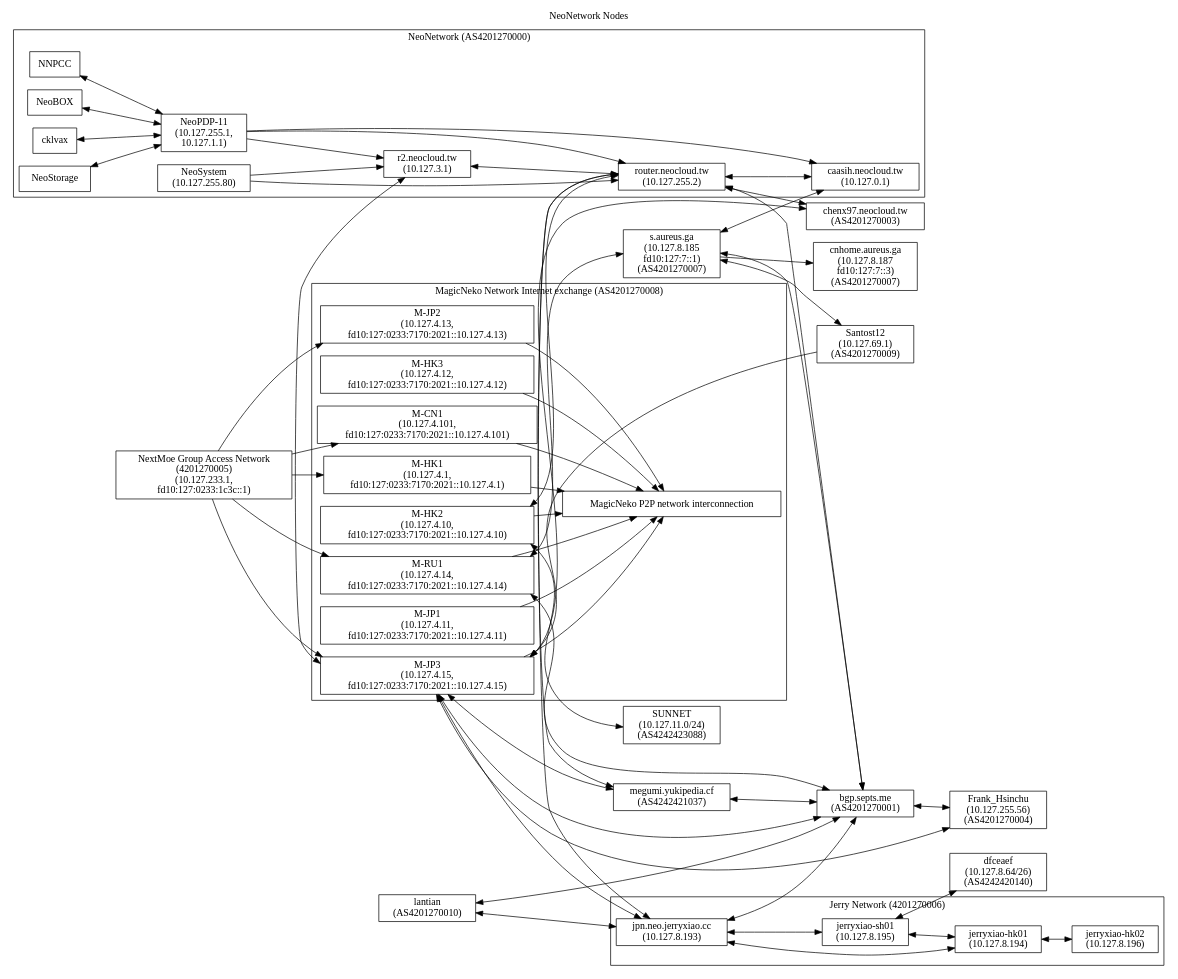
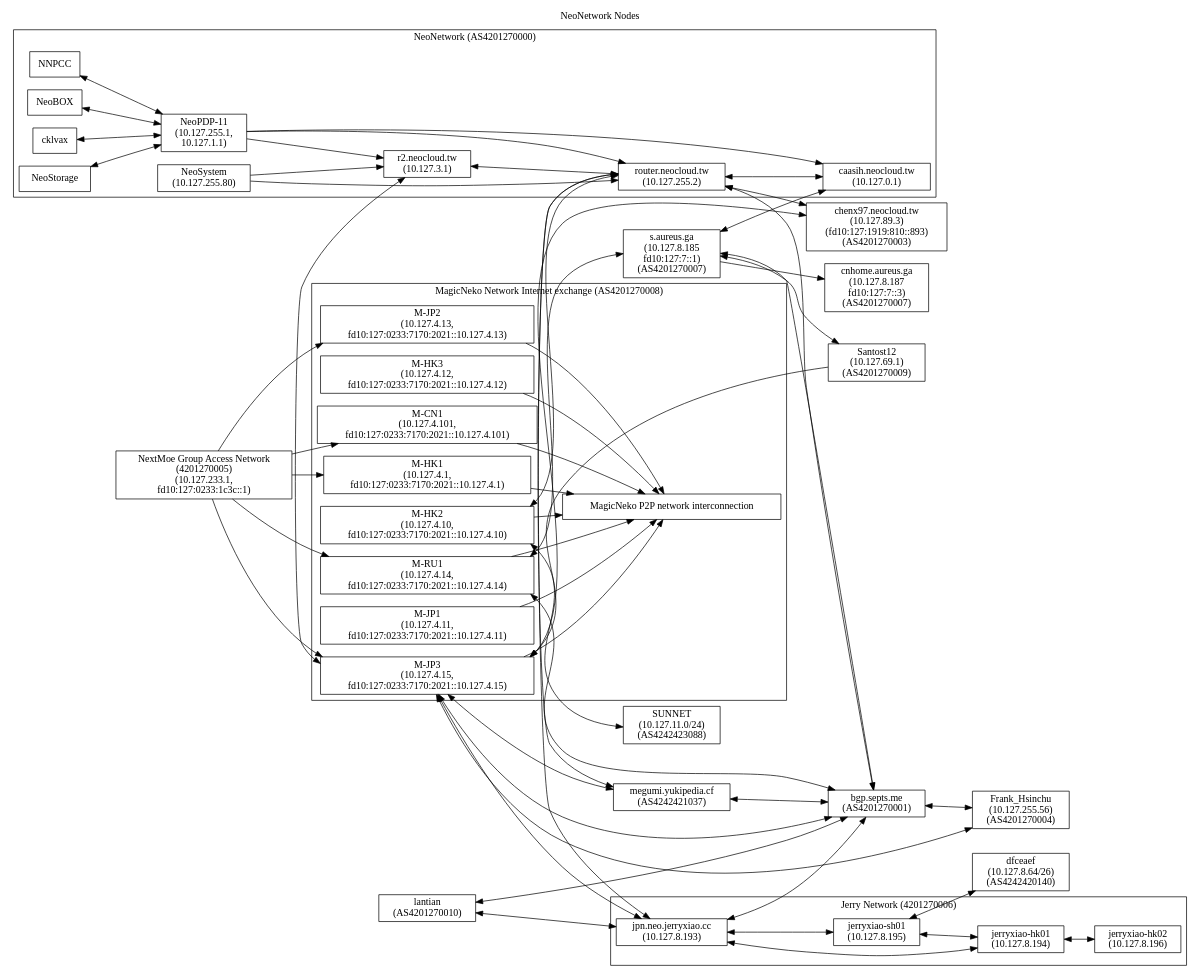
The diagram in nodes.dot (NeoCloud/NeoNetwork), drawn with Graphviz before and after one commit. The commit also changed 1 other file, not shown here.

```diff
--- a/nodes.dot
+++ b/nodes.dot
@@ -1,109 +1,109 @@
 digraph "NeoNetwork Nodes"
 {
 	label="NeoNetwork Nodes";
 	labelloc="t";
 	rankdir=LR;
 	node [shape=box]
 	c [label="caasih.neocloud.tw\n(10.127.0.1)"]
 	ucbvax [label="router.neocloud.tw\n(10.127.255.2)"]
 	np11 [label="NeoPDP-11\n(10.127.255.1,\n10.127.1.1)"]
 	ns [label="NeoSystem\n(10.127.255.80)"]
 	megumiLHS [label="megumi.yukipedia.cf\n(AS4242421037)"]
 	pan [label="r2.neocloud.tw\n(10.127.3.1)"]
 	icecat_Explosion [label="MagicNeko P2P network interconnection"]
 	icecat_Notebook [label="NextMoe Group Access Network\n(4201270005)\n(10.127.233.1,\nfd10:127:0233:1c3c::1)"]
 	magicneko_HK01 [label="M-HK1\n(10.127.4.1,\nfd10:127:0233:7170:2021::10.127.4.1)"]
 	magicneko_HK02 [label="M-HK2\n(10.127.4.10,\nfd10:127:0233:7170:2021::10.127.4.10)"]
 	magicneko_JP01 [label="M-JP1\n(10.127.4.11,\nfd10:127:0233:7170:2021::10.127.4.11)"]
 	magicneko_HK03 [label="M-HK3\n(10.127.4.12,\nfd10:127:0233:7170:2021::10.127.4.12)"]
 	magicneko_JP02 [label="M-JP2\n(10.127.4.13,\nfd10:127:0233:7170:2021::10.127.4.13)"]
 	magicneko_RU01 [label="M-RU1\n(10.127.4.14,\nfd10:127:0233:7170:2021::10.127.4.14)"]
 	magicneko_JP03 [label="M-JP3\n(10.127.4.15,\nfd10:127:0233:7170:2021::10.127.4.15)"]
 	magicneko_CN01 [label="M-CN1\n(10.127.4.101,\nfd10:127:0233:7170:2021::10.127.4.101)"]
 	staph [label="s.aureus.ga\n(10.127.8.185\nfd10:127:7::1)\n(AS4201270007)"]
 	staph_CN [label="cnhome.aureus.ga\n(10.127.8.187\nfd10:127:7::3)\n(AS4201270007)"]
-	chenx97 [label="chenx97.neocloud.tw\n(AS4201270003)"]
+	chenx97 [label="chenx97.neocloud.tw\n(10.127.89.3)\n(fd10:127:1919:810::893)\n(AS4201270003)"]
 	JerryXiao [label="jpn.neo.jerryxiao.cc\n(10.127.8.193)"]
 	JerryXiao_SH01 [label="jerryxiao-sh01\n(10.127.8.195)"]
 	JerryXiao_HK01 [label="jerryxiao-hk01\n(10.127.8.194)"]
 	JerryXiao_HK02 [label="jerryxiao-hk02\n(10.127.8.196)"]
 	septs [label="bgp.septs.me\n(AS4201270001)"]
 	lantian [label="lantian\n(AS4201270010)"]
 	dfceaef [label="dfceaef\n(10.127.8.64/26)\n(AS4242420140)"]
 	SUNNET [label="SUNNET\n(10.127.11.0/24)\n(AS4242423088)"]
 	santost12 [label="Santost12\n(10.127.69.1)\n(AS4201270009)"]
 	frank_hsinchu [label="Frank_Hsinchu\n(10.127.255.56)\n(AS4201270004)"]
 
 	subgraph cluster_AS4201270000
 	{
 		label = "NeoNetwork (AS4201270000)";
 
 		NNPCC -> np11 [dir=both]
 		NeoBOX -> np11 [dir=both]
 		cklvax -> np11 [dir=both]
 		NeoStorage -> np11 [dir=both]
 		np11 -> ucbvax
 		np11 -> pan
 		np11 -> c
 		ucbvax -> c [dir=both]
 		ns -> ucbvax
 		ns -> pan
 		pan -> ucbvax [dir=both]
 	}
 
 	megumiLHS -> ucbvax [dir=both]
 	magicneko_HK02 -> ucbvax [dir=both]
 	c -> staph [dir=both]
 	staph -> staph_CN
 	ucbvax -> chenx97 [dir=both]
 
 	subgraph cluster_4201270008
 	{
 		label="MagicNeko Network Internet exchange (AS4201270008)";
 
 		magicneko_HK01 -> icecat_Explosion
 		magicneko_HK02 -> icecat_Explosion
 		magicneko_JP01 -> icecat_Explosion
 		magicneko_HK03 -> icecat_Explosion
 		magicneko_JP02 -> icecat_Explosion
 		magicneko_RU01 -> icecat_Explosion
 		magicneko_JP03 -> icecat_Explosion
 		magicneko_CN01 -> icecat_Explosion
 	}
 
 	subgraph cluster_4201270006
 	{
 		label="Jerry Network (4201270006)";
 
 		JerryXiao -> JerryXiao_SH01 [dir=both]
 		JerryXiao -> JerryXiao_HK01 [dir=both]
 		JerryXiao_SH01 -> JerryXiao_HK01 [dir=both]
 		JerryXiao_HK01 -> JerryXiao_HK02 [dir=both]
 	}
 
 	JerryXiao -> ucbvax [dir=both]
 	JerryXiao -> septs [dir=both]
 	JerryXiao_SH01 -> dfceaef [dir=both]
 	magicneko_JP03 -> JerryXiao [dir=both]
 	lantian -> septs [dir=both]
 	lantian -> JerryXiao [dir=both]
 	magicneko_JP03 -> septs [dir=both]
 	staph -> septs [dir=both]
 	ucbvax -> septs [dir=both]
 	magicneko_JP03 -> chenx97 [dir=both]
 	magicneko_RU01 -> staph [dir=both]
 	megumiLHS -> septs [dir=both]
 	magicneko_HK02 -> SUNNET [dir=both]
 	staph -> santost12 [dir=both]
 	magicneko_RU01 -> septs [dir=both]
 	magicneko_JP03 -> megumiLHS [dir=both]
 	magicneko_JP03 -> frank_hsinchu [dir=both]
 	septs	->	frank_hsinchu	[dir=both]
 	icecat_Notebook -> magicneko_HK01
 	icecat_Notebook -> magicneko_JP03
 	icecat_Notebook -> magicneko_RU01
 	icecat_Notebook -> magicneko_CN01
 	icecat_Notebook -> magicneko_JP02
 	santost12	-> magicneko_JP03
 	pan -> magicneko_JP03 [dir=both]
 }
```
